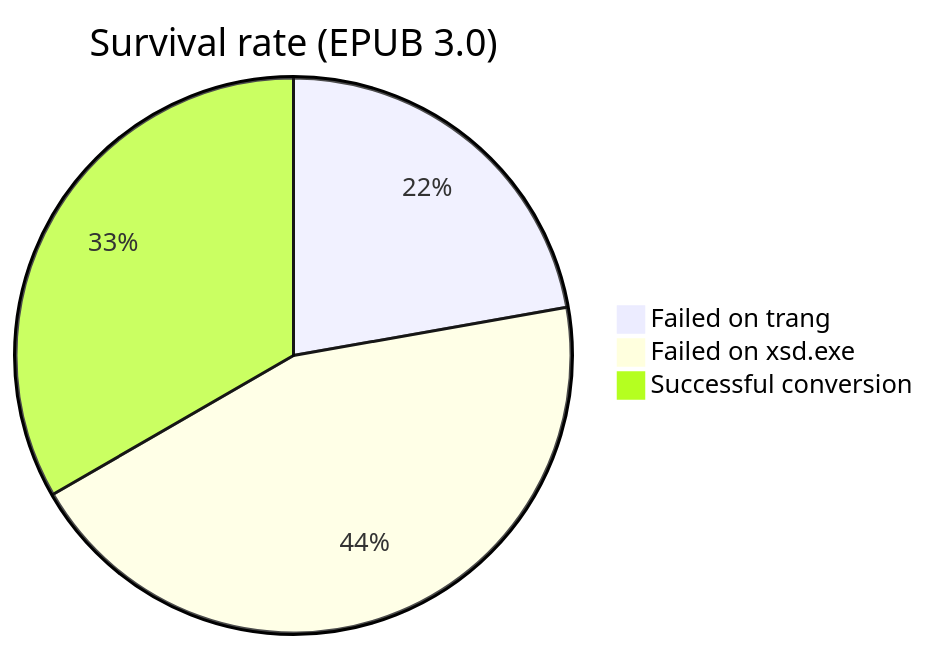
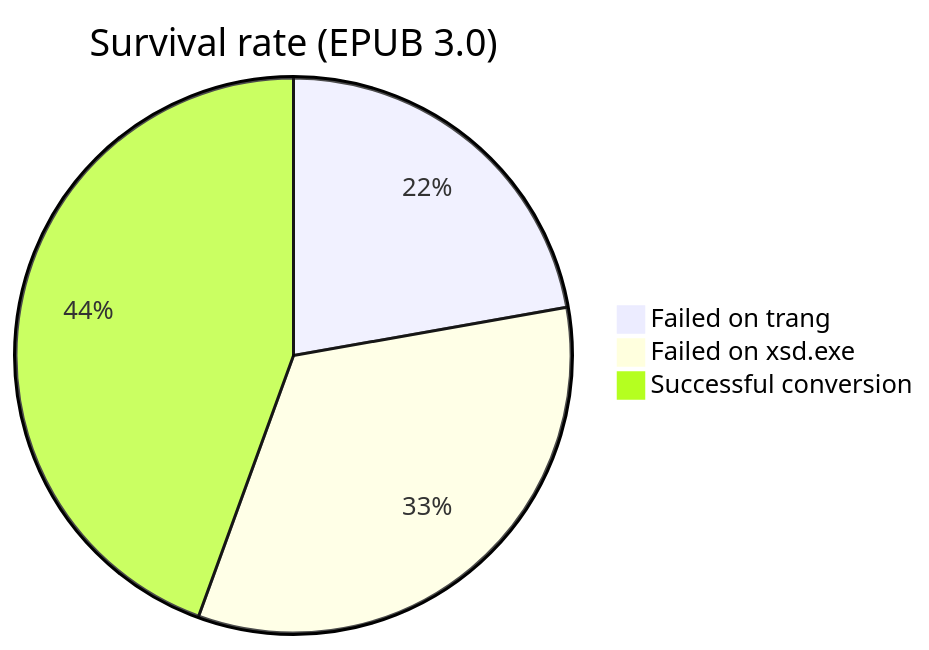
One commit to kurema/EpubLibrary changed the second of 3 diagrams in README.md. Above: the diagram before and after it, drawn with Mermaid. The commit also changed other lines of this file and 20 other files, not shown here.

Commit message:
Add new project / Fix media-overlay-30 to enable xsd.exe

````diff
--- a/README.md
+++ b/README.md
@@ -25,6 +25,6 @@
 ```mermaid
 pie title Survival rate (EPUB 3.0)
   "Failed on trang" : 2
-  "Failed on xsd.exe" : 4
-  "Successful conversion" : 3
+  "Failed on xsd.exe" : 3
+  "Successful conversion" : 4
 ```
````
